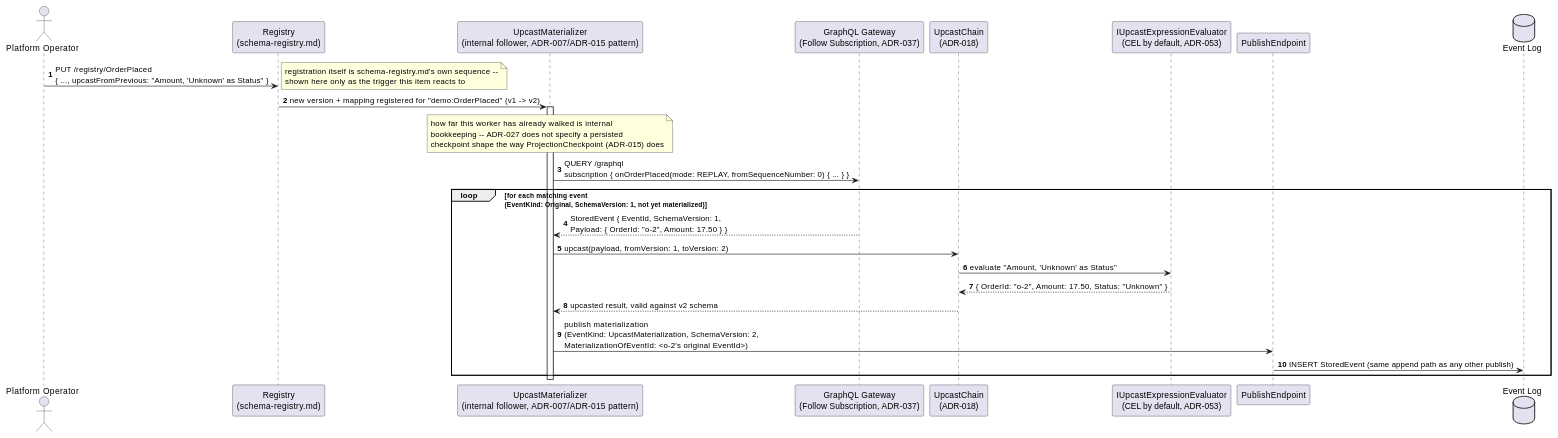
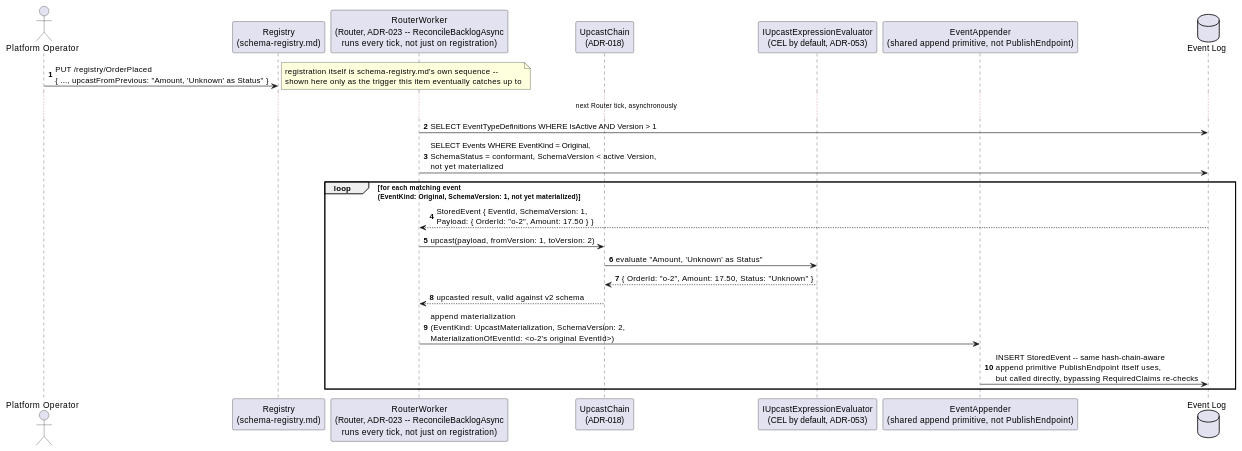
Before and after one commit to Mwwhited-BookLearning/EventSourcing: the second of 4 diagrams in docs/features/upcast-materialization-and-downcast.md, drawn with PlantUML. The commit also changed other lines of this file and 32 other files, not shown here.

First line of the commit message:
Build Upcast Materialization + Downcast (build-plan item 14)

````diff
--- a/docs/features/upcast-materialization-and-downcast.md
+++ b/docs/features/upcast-materialization-and-downcast.md
@@ -93,30 +123,27 @@
 ```plantuml
 @startuml UpcastMaterializer_Backlog_Sequence
 autonumber
 actor "Platform Operator" as operator
 participant "Registry\n(schema-registry.md)" as registry
-participant "UpcastMaterializer\n(internal follower, ADR-007/ADR-015 pattern)" as materializer
-participant "GraphQL Gateway\n(Follow Subscription, ADR-037)" as gateway
+participant "RouterWorker\n(Router, ADR-023 -- ReconcileBacklogAsync\nruns every tick, not just on registration)" as router
 participant "UpcastChain\n(ADR-018)" as upcastChain
 participant "IUpcastExpressionEvaluator\n(CEL by default, ADR-053)" as evaluator
-participant "PublishEndpoint" as endpoint
+participant "EventAppender\n(shared append primitive, not PublishEndpoint)" as appender
 database "Event Log" as eventLog
 
 operator -> registry: PUT /registry/OrderPlaced\n{ ..., upcastFromPrevious: "Amount, 'Unknown' as Status" }
-note right: registration itself is schema-registry.md's own sequence --\nshown here only as the trigger this item reacts to
-registry -> materializer: new version + mapping registered for "demo:OrderPlaced" (v1 -> v2)
-activate materializer
-note over materializer: how far this worker has already walked is internal\nbookkeeping -- ADR-027 does not specify a persisted\ncheckpoint shape the way ProjectionCheckpoint (ADR-015) does
-materializer -> gateway: QUERY /graphql\nsubscription { onOrderPlaced(mode: REPLAY, fromSequenceNumber: 0) { ... } }
+note right: registration itself is schema-registry.md's own sequence --\nshown here only as the trigger this item eventually catches up to
+...next Router tick, asynchronously...
+router -> eventLog: SELECT EventTypeDefinitions WHERE IsActive AND Version > 1
+router -> eventLog: SELECT Events WHERE EventKind = Original,\nSchemaStatus = conformant, SchemaVersion < active Version,\nnot yet materialized
 loop for each matching event\n(EventKind: Original, SchemaVersion: 1, not yet materialized)
-  gateway --> materializer: StoredEvent { EventId, SchemaVersion: 1,\nPayload: { OrderId: "o-2", Amount: 17.50 } }
-  materializer -> upcastChain: upcast(payload, fromVersion: 1, toVersion: 2)
+  eventLog --> router: StoredEvent { EventId, SchemaVersion: 1,\nPayload: { OrderId: "o-2", Amount: 17.50 } }
+  router -> upcastChain: upcast(payload, fromVersion: 1, toVersion: 2)
   upcastChain -> evaluator: evaluate "Amount, 'Unknown' as Status"
   evaluator --> upcastChain: { OrderId: "o-2", Amount: 17.50, Status: "Unknown" }
-  upcastChain --> materializer: upcasted result, valid against v2 schema
-  materializer -> endpoint: publish materialization\n(EventKind: UpcastMaterialization, SchemaVersion: 2,\nMaterializationOfEventId: <o-2's original EventId>)
-  endpoint -> eventLog: INSERT StoredEvent (same append path as any other publish)
+  upcastChain --> router: upcasted result, valid against v2 schema
+  router -> appender: append materialization\n(EventKind: UpcastMaterialization, SchemaVersion: 2,\nMaterializationOfEventId: <o-2's original EventId>)
+  appender -> eventLog: INSERT StoredEvent -- same hash-chain-aware\nappend primitive PublishEndpoint itself uses,\nbut called directly, bypassing RequiredClaims re-checks
 end
-deactivate materializer
 @enduml
 ```
````
